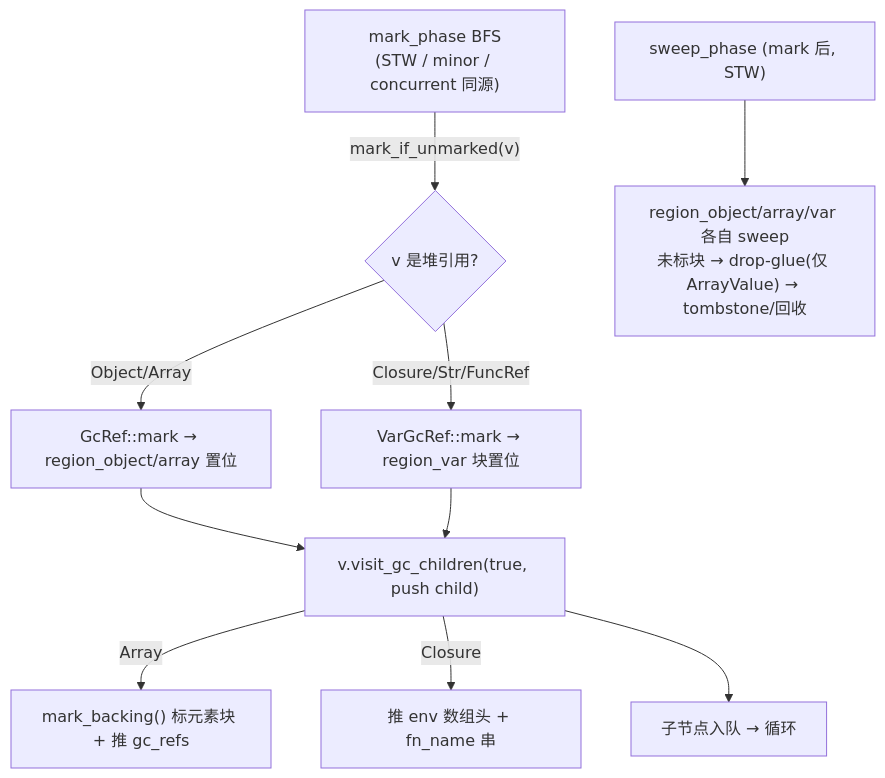
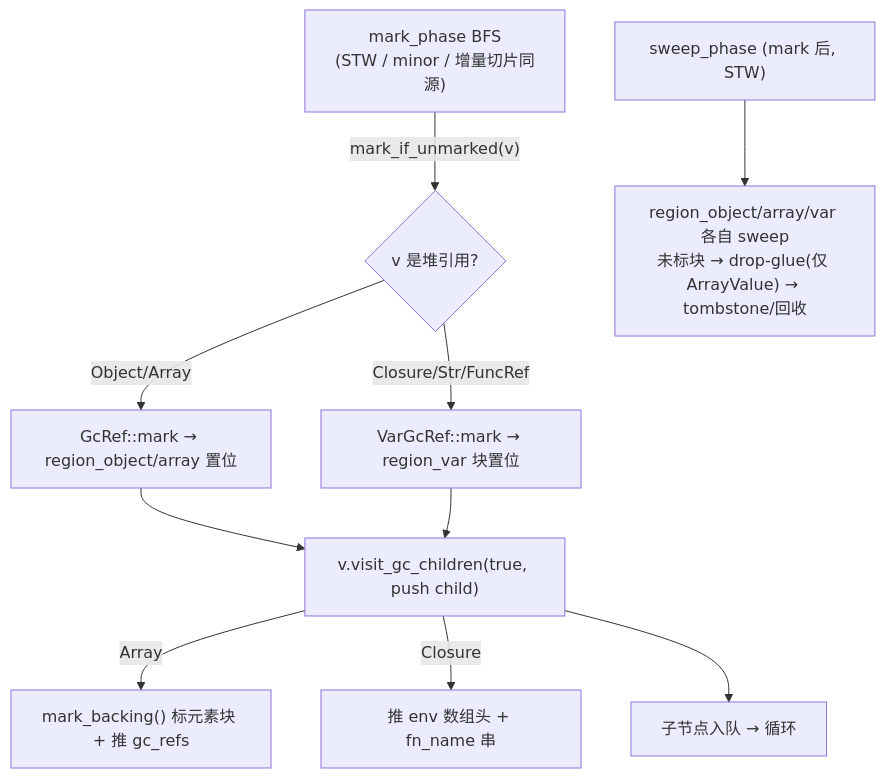
One commit to z42-lang/z42 changed the diagram in docs/internals/src/runtime/gc.md. Above: the diagram before and after it, drawn with Mermaid. The commit also changed other lines of this file and 60 other files, not shown here.

Commit message:
gc(runtime): 删除 ConcurrentMarkSweep 模式（gc-mode=concurrent） (#1189)

````diff
--- a/docs/internals/src/runtime/gc.md
+++ b/docs/internals/src/runtime/gc.md
@@ -345,12 +297,12 @@
 ```mermaid
 flowchart TD
-  MARK["mark_phase BFS<br/>(STW / minor / concurrent 同源)"] -->|"mark_if_unmarked(v)"| M{"v 是堆引用?"}
+  MARK["mark_phase BFS<br/>(STW / minor / 增量切片同源)"] -->|"mark_if_unmarked(v)"| M{"v 是堆引用?"}
   M -->|"Object/Array"| RO["GcRef::mark → region_object/array 置位"]
   M -->|"Closure/Str/FuncRef"| RV["VarGcRef::mark → region_var 块置位"]
   RO --> TC["v.visit_gc_children(true, push child)"]
   RV --> TC
   TC -->|"Array"| MB["mark_backing() 标元素块 + 推 gc_refs"]
   TC -->|"Closure"| CE["推 env 数组头 + fn_name 串"]
   TC --> Q["子节点入队 → 循环"]
   SWEEP["sweep_phase (mark 后, STW)"] --> S3["region_object/array/var 各自 sweep<br/>未标块 → drop-glue(仅 ArrayValue) → tombstone/回收"]
 ```
````
